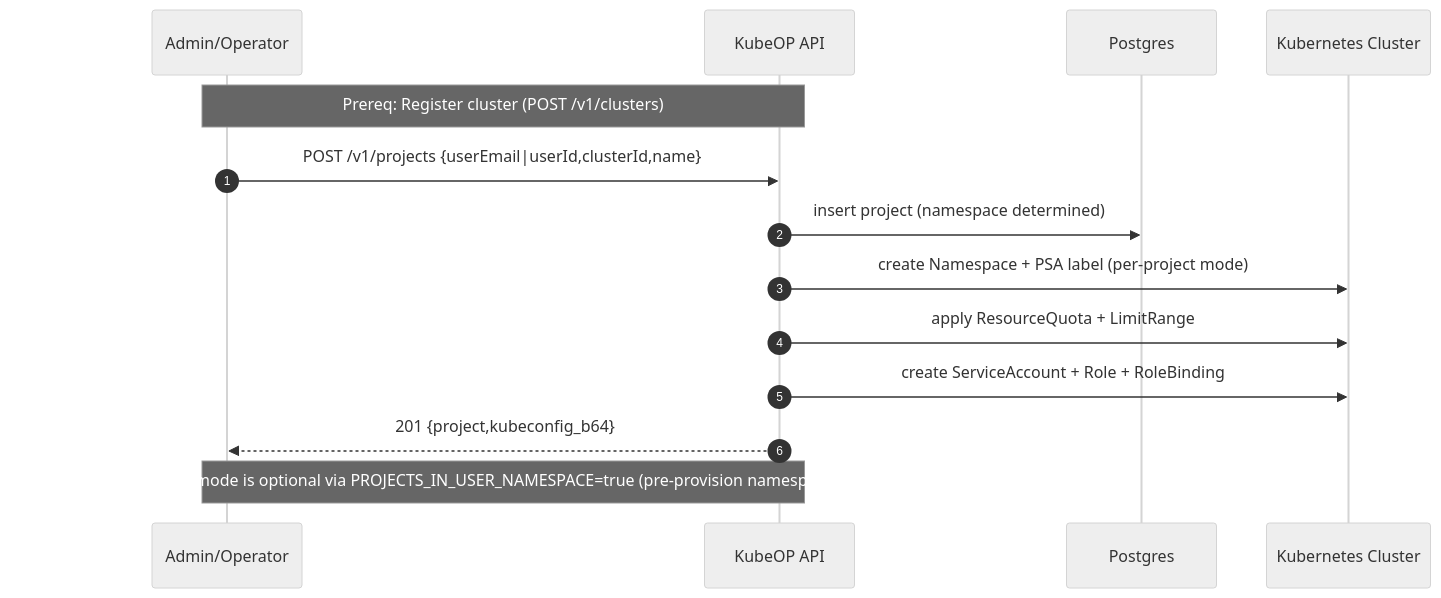
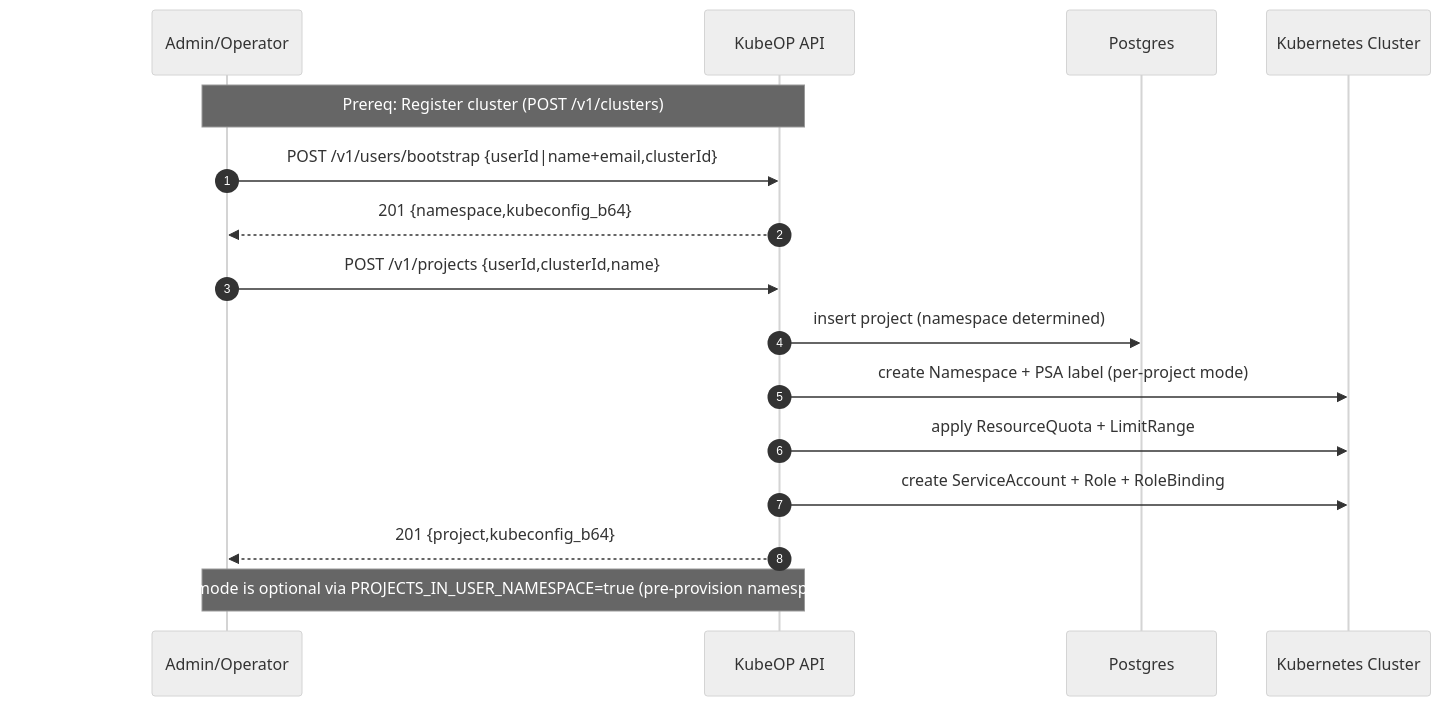
The second of 2 diagrams in documents/ARCHITECTURE.md (vaheed/kubeOP), drawn with Mermaid (neutral theme) before and after one commit. The commit also changed other lines of this file and 13 other files, not shown here.

Commit message:
[UPD] Update bootstrap user creation logic

````diff
--- a/documents/ARCHITECTURE.md
+++ b/documents/ARCHITECTURE.md
@@ -76,19 +76,22 @@
 ```mermaid
 sequenceDiagram
   autonumber
   participant Admin as Admin/Operator
   participant API as KubeOP API
   participant DB as Postgres
   participant K8s as Kubernetes Cluster
 
   Note over Admin,API: Prereq: Register cluster (POST /v1/clusters)
 
-  Admin->>API: POST /v1/projects {userEmail|userId,clusterId,name}
+  Admin->>API: POST /v1/users/bootstrap {userId|name+email,clusterId}
+  API-->>Admin: 201 {namespace,kubeconfig_b64}
+
+  Admin->>API: POST /v1/projects {userId,clusterId,name}
   API->>DB: insert project (namespace determined)
   API->>K8s: create Namespace + PSA label (per‑project mode)
   API->>K8s: apply ResourceQuota + LimitRange
   API->>K8s: create ServiceAccount + Role + RoleBinding
   API-->>Admin: 201 {project,kubeconfig_b64}
 
   Note over Admin,API: Shared user namespace mode is optional via PROJECTS_IN_USER_NAMESPACE=true (pre‑provision namespace via external process).
 ```
````
